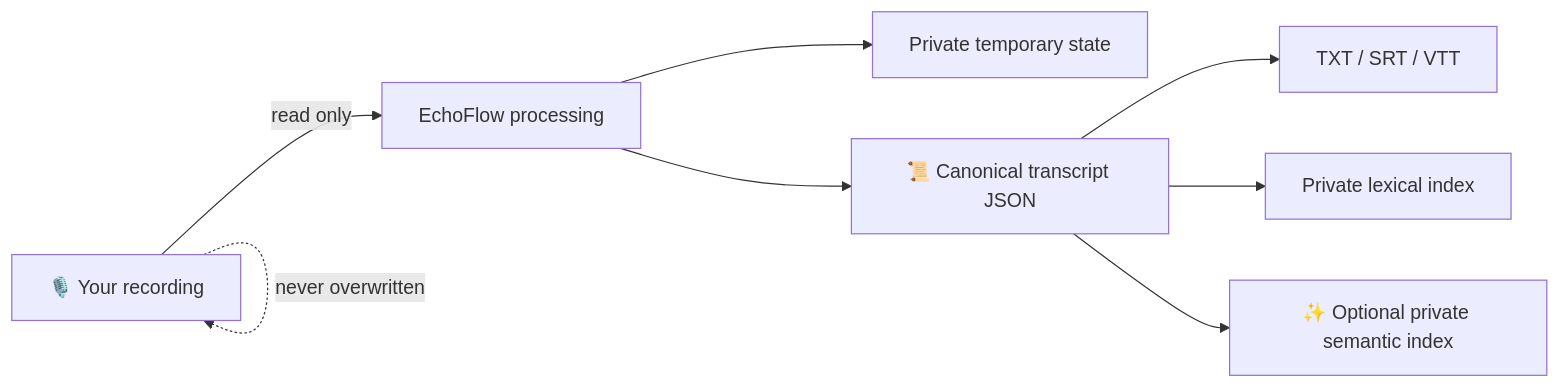
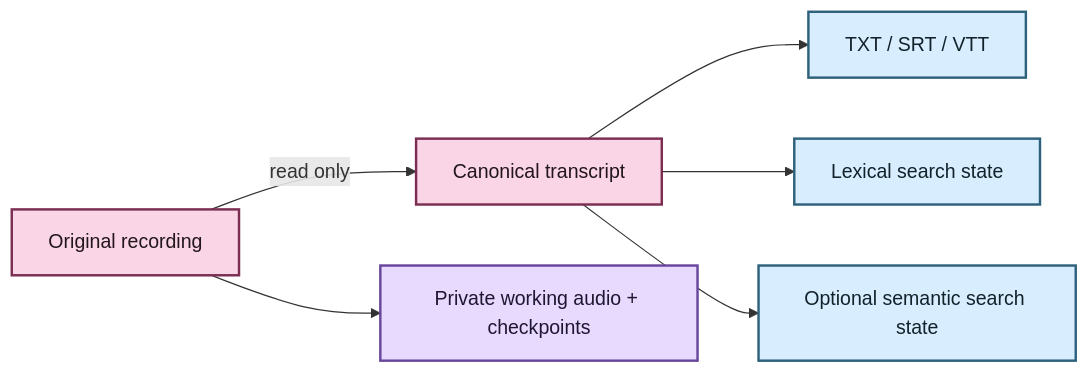
The second of 2 diagrams in docs/getting-started.md (SSD1805/EchoFlow), drawn with Mermaid before and after one commit. The commit also changed other lines of this file, not shown here.

````diff
--- a/docs/getting-started.md
+++ b/docs/getting-started.md
@@ -91,10 +260,16 @@
 ```mermaid
 flowchart LR
-    A[🎙️ Your recording] -->|read only| B[EchoFlow processing]
-    B --> C[Private temporary state]
-    B --> D[📜 Canonical transcript JSON]
-    D --> E[TXT / SRT / VTT]
-    D --> F[Private lexical index]
-    D --> G[✨ Optional private semantic index]
-    A -. never overwritten .-> A
+    A[Original recording] -->|read only| B[Canonical transcript]
+    B --> C[TXT / SRT / VTT]
+    B --> D[Lexical search state]
+    B --> E[Optional semantic search state]
+    A --> F[Private working audio + checkpoints]
+
+    classDef evidence fill:#F9D5E5,stroke:#7B2E52,stroke-width:2px,color:#22151B
+    classDef derived fill:#D8EEFF,stroke:#2E617B,stroke-width:2px,color:#12222A
+    classDef work fill:#E8D9FF,stroke:#68469B,stroke-width:2px,color:#1F1630
+
+    class A,B evidence
+    class C,D,E derived
+    class F work
 ```
````
